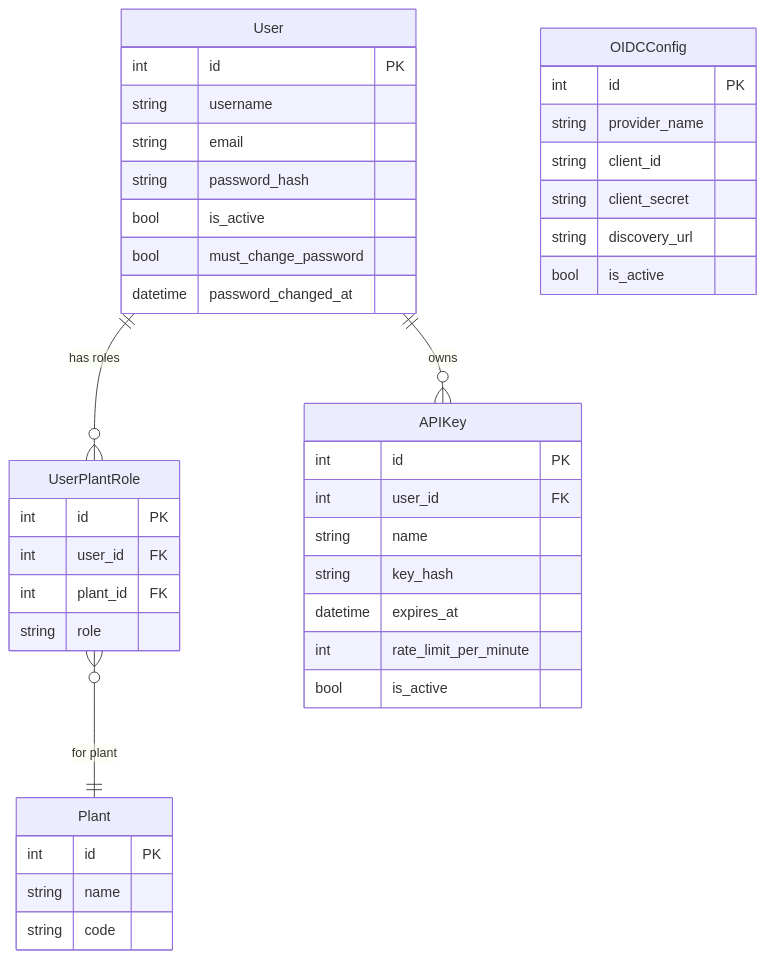
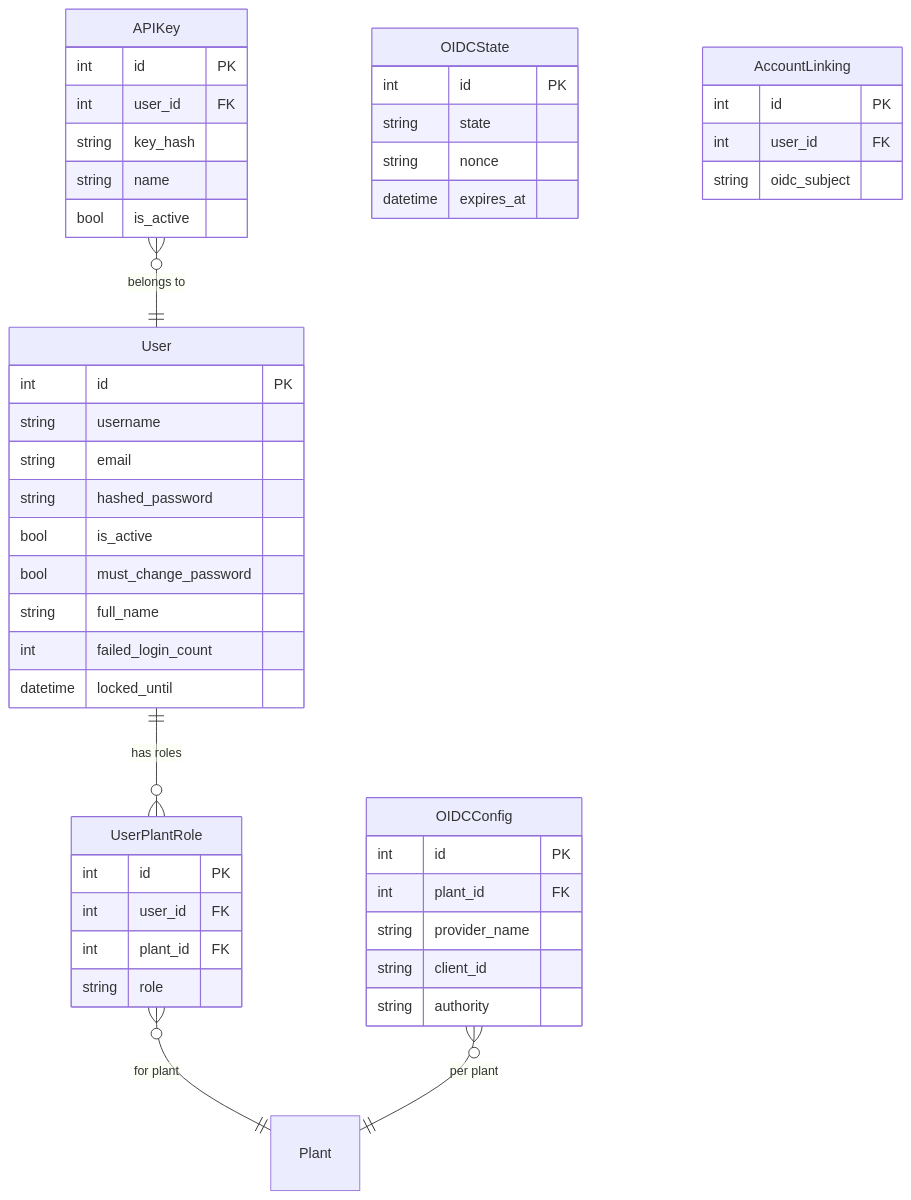
Before and after one commit to saturnis-io/cassini: the second of 2 diagrams in .knowledge/features/auth.md, drawn with Mermaid. The commit also changed other lines of this file and 16 other files, not shown here.

First line of the commit message:
knowledge-graph: regenerate

````diff
--- a/.knowledge/features/auth.md
+++ b/.knowledge/features/auth.md
@@ -28,43 +30,49 @@
 ```mermaid
 erDiagram
     User ||--o{ UserPlantRole : "has roles"
-    UserPlantRole }o--|| Plant : "for plant"
-    User ||--o{ APIKey : "owns"
     User {
         int id PK
         string username
         string email
-        string password_hash
+        string hashed_password
         bool is_active
         bool must_change_password
-        datetime password_changed_at
+        string full_name
+        int failed_login_count
+        datetime locked_until
     }
     UserPlantRole {
         int id PK
         int user_id FK
         int plant_id FK
         string role
     }
+    UserPlantRole }o--|| Plant : "for plant"
     APIKey {
         int id PK
         int user_id FK
+        string key_hash
         string name
-        string key_hash
-        datetime expires_at
-        int rate_limit_per_minute
         bool is_active
     }
-    Plant {
-        int id PK
-        string name
-        string code
-    }
+    APIKey }o--|| User : "belongs to"
     OIDCConfig {
         int id PK
+        int plant_id FK
         string provider_name
         string client_id
-        string client_secret
-        string discovery_url
-        bool is_active
+        string authority
+    }
+    OIDCConfig }o--|| Plant : "per plant"
+    OIDCState {
+        int id PK
+        string state
+        string nonce
+        datetime expires_at
+    }
+    AccountLinking {
+        int id PK
+        int user_id FK
+        string oidc_subject
     }
 ```
````
